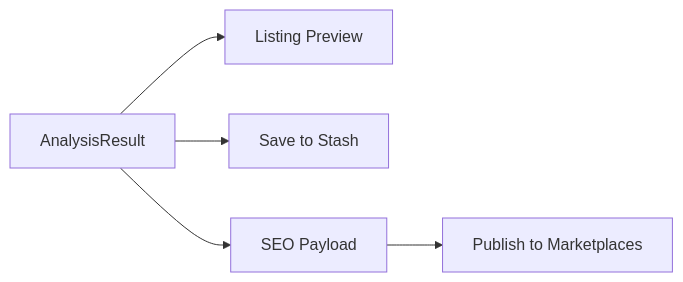
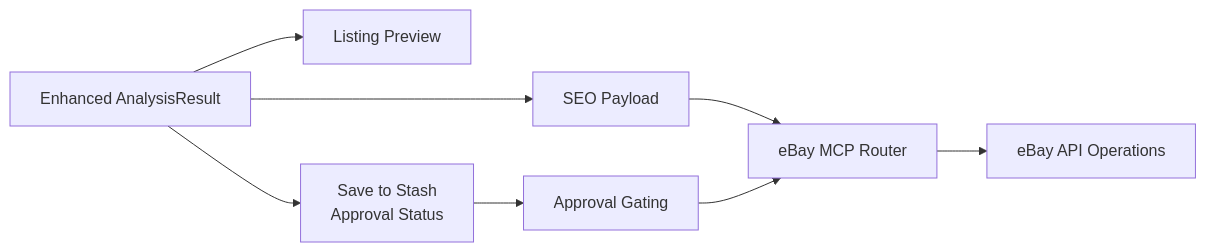
Before and after one commit to hunglevi87/Hidden-Gem: the ninth of 10 diagrams in .qoder/repowiki/en/content/AI Integration/AI Integration.md, drawn with Mermaid. The commit also changed other lines of this file and 14 other files, not shown here.

First line of the commit message:
feat(ai-integration): add OpenFang provider and eBay MCP marketplace automation

````diff
--- a/.qoder/repowiki/en/content/AI Integration/AI Integration.md
+++ b/.qoder/repowiki/en/content/AI Integration/AI Integration.md
@@ -278,7 +364,10 @@
 ```mermaid
 graph LR
-AR["AnalysisResult"] --> LP["Listing Preview"]
-AR --> STASH["Save to Stash"]
+AR["Enhanced AnalysisResult"] --> LP["Listing Preview"]
+AR --> STASH["Save to Stash<br/>Approval Status"]
 AR --> SEO["SEO Payload"]
-SEO --> EBAY["Publish to Marketplaces"]
+SEO --> MCP["eBay MCP Router"]
+MCP --> EBAY["eBay API Operations"]
+STASH --> APPROVAL["Approval Gating"]
+APPROVAL --> MCP
 ```
````
